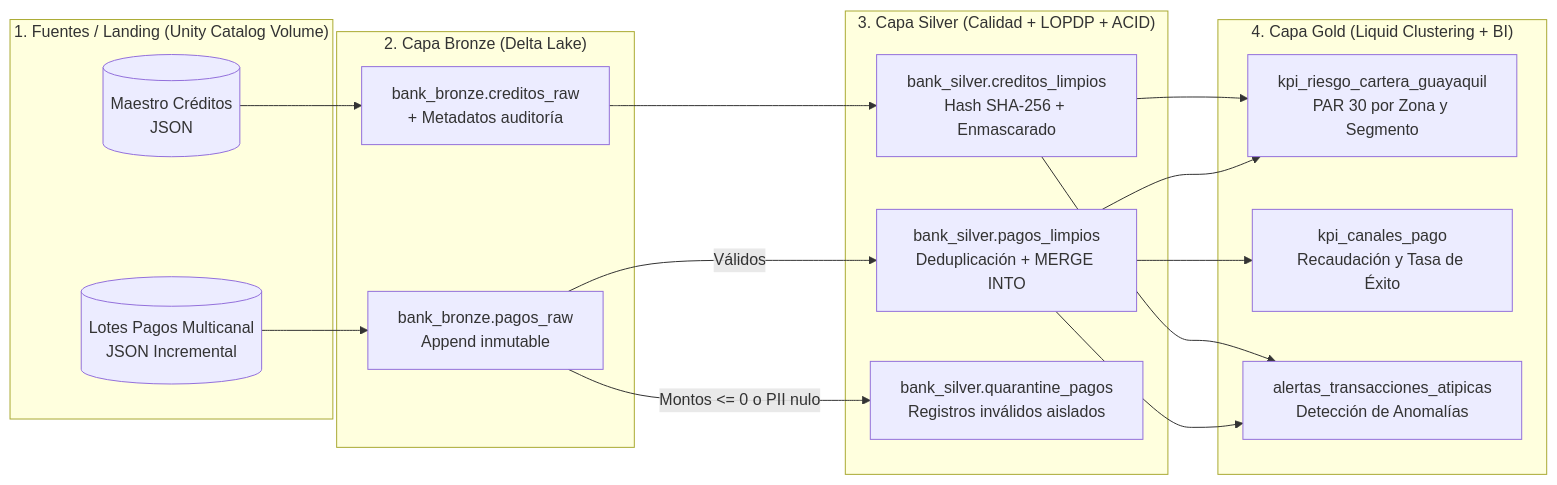
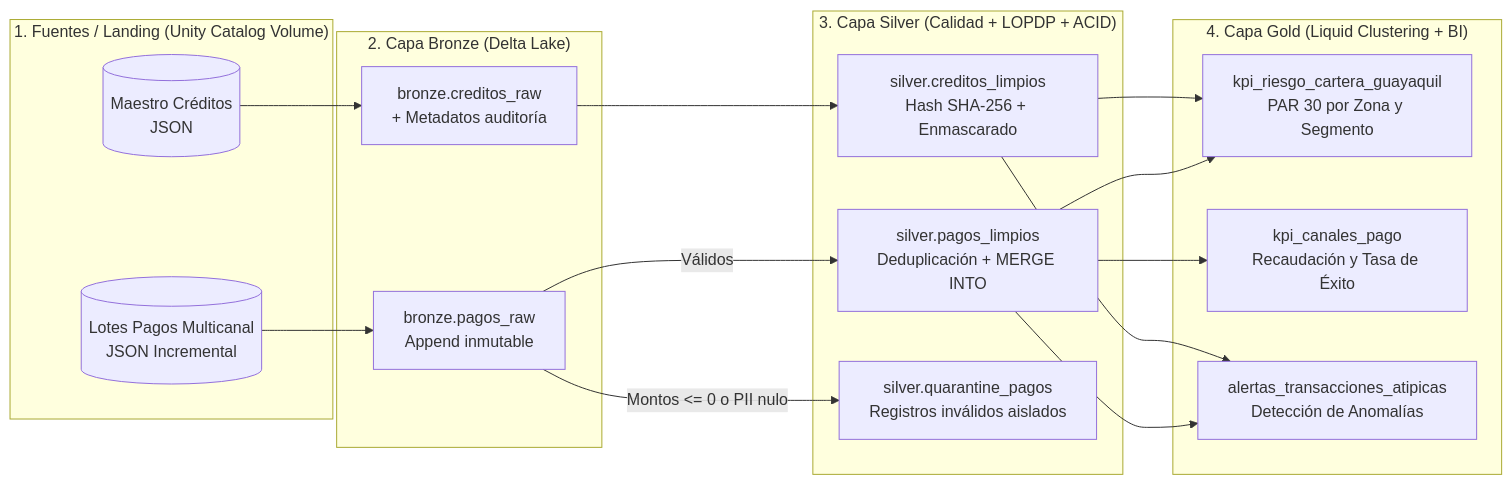
One commit to Kenny-ec/Databriks_bankink_lakehouse changed the diagram in README.md. Above: the diagram before and after it, drawn with Mermaid. The commit also changed other lines of this file, not shown here.

````diff
--- a/README.md
+++ b/README.md
@@ -18,35 +18,35 @@
 ```mermaid
 flowchart LR
     subgraph SRC["1. Fuentes / Landing (Unity Catalog Volume)"]
         A1[("Maestro Créditos<br/>JSON")]
         A2[("Lotes Pagos Multicanal<br/>JSON Incremental")]
     end
 
     subgraph BRZ["2. Capa Bronze (Delta Lake)"]
-        B1["bank_bronze.creditos_raw<br/>+ Metadatos auditoría"]
-        B2["bank_bronze.pagos_raw<br/>Append inmutable"]
+        B1["bronze.creditos_raw<br/>+ Metadatos auditoría"]
+        B2["bronze.pagos_raw<br/>Append inmutable"]
     end
 
     subgraph SLV["3. Capa Silver (Calidad + LOPDP + ACID)"]
-        S1["bank_silver.creditos_limpios<br/>Hash SHA-256 + Enmascarado"]
-        S2["bank_silver.pagos_limpios<br/>Deduplicación + MERGE INTO"]
-        SQ["bank_silver.quarantine_pagos<br/>Registros inválidos aislados"]
+        S1["silver.creditos_limpios<br/>Hash SHA-256 + Enmascarado"]
+        S2["silver.pagos_limpios<br/>Deduplicación + MERGE INTO"]
+        SQ["silver.quarantine_pagos<br/>Registros inválidos aislados"]
     end
 
     subgraph GLD["4. Capa Gold (Liquid Clustering + BI)"]
         G1["kpi_riesgo_cartera_guayaquil<br/>PAR 30 por Zona y Segmento"]
         G2["kpi_canales_pago<br/>Recaudación y Tasa de Éxito"]
         G3["alertas_transacciones_atipicas<br/>Detección de Anomalías"]
     end
 
     A1 --> B1
     A2 --> B2
     B1 --> S1
     B2 -->|Válidos| S2
     B2 -->|Montos <= 0 o PII nulo| SQ
     S1 --> G1
     S2 --> G1
     S2 --> G2
     S1 --> G3
     S2 --> G3
 ```
````
